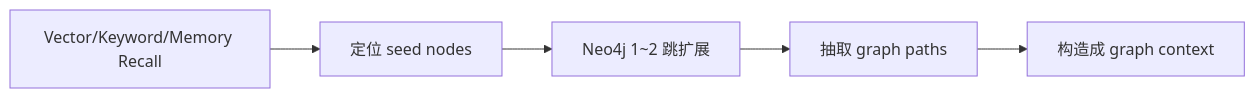
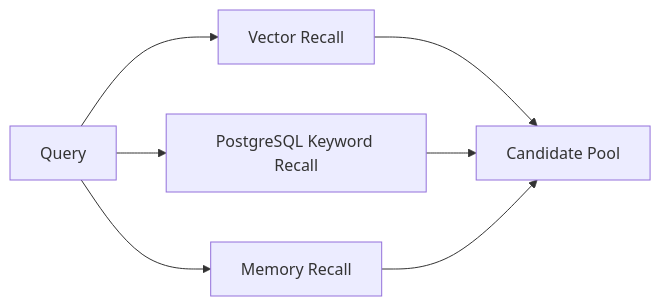
The eighth of 23 diagrams in company_target/day1-day20-summary.md (pretextQ/Reminder), drawn with Mermaid before and after one commit. The commit also changed other lines of this file and 4 other files, not shown here.

````diff
--- a/company_target/day1-day20-summary.md
+++ b/company_target/day1-day20-summary.md
@@ -251,7 +261,9 @@
 ```mermaid
 flowchart LR
-    A[Vector/Keyword/Memory Recall] --> B[定位 seed nodes]
-    B --> C[Neo4j 1~2 跳扩展]
-    C --> D[抽取 graph paths]
-    D --> E[构造成 graph context]
+    A[Query] --> B[Vector Recall]
+    A --> C[PostgreSQL Keyword Recall]
+    A --> D[Memory Recall]
+    B --> E[Candidate Pool]
+    C --> E
+    D --> E
 ```
````
